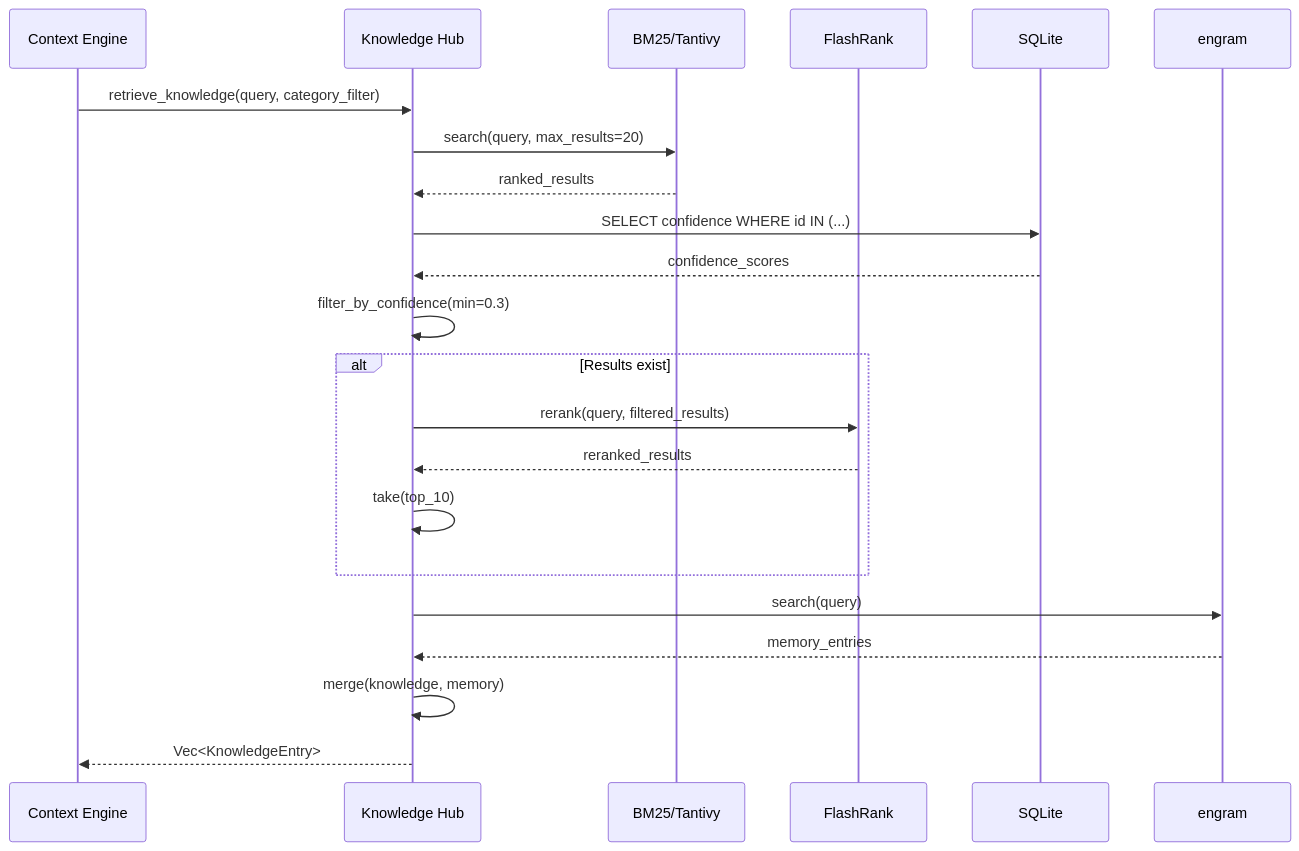
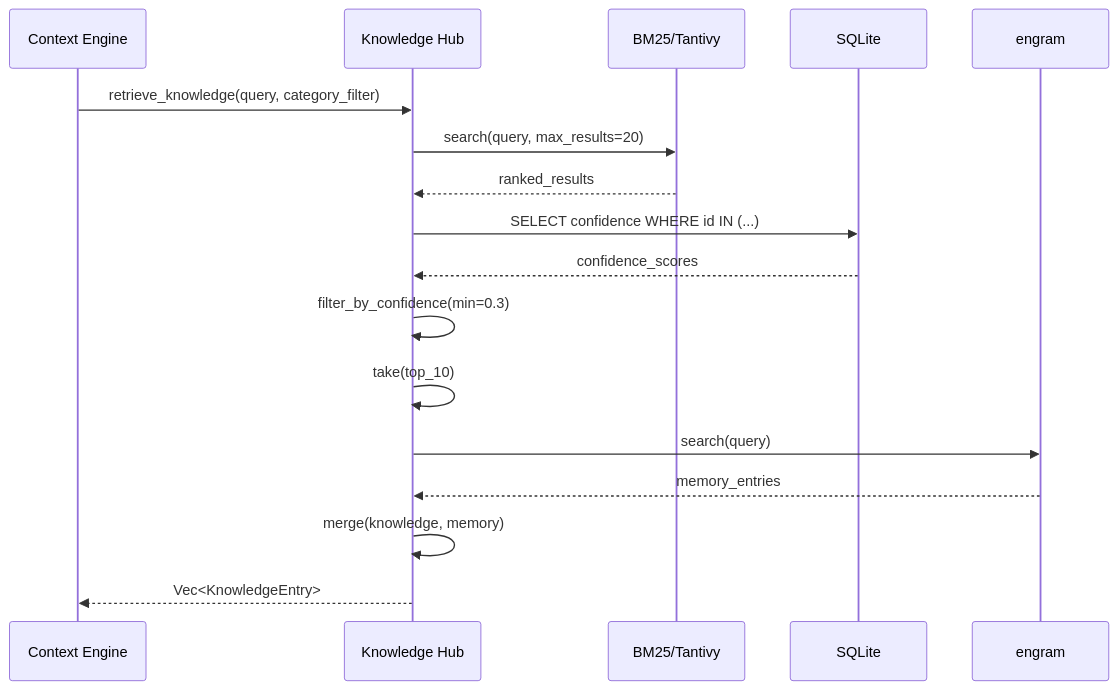
Before and after one commit to leonortega/coderun: the fourth of 11 diagrams in docs/01-architecture/DATA_FLOW.md, drawn with Mermaid. The commit also changed other lines of this file and 33 other files, not shown here.

First line of the commit message:
feat(retrieval): PascalCase splitting, symbol indexing, path tokenization + remove FlashRank

````diff
--- a/docs/01-architecture/DATA_FLOW.md
+++ b/docs/01-architecture/DATA_FLOW.md
@@ -196,30 +195,24 @@
 ```mermaid
 sequenceDiagram
     participant CE as Context Engine
     participant KH as Knowledge Hub
     participant TV as BM25/Tantivy
-    participant FR as FlashRank
     participant DB as SQLite
     participant ENG as engram
 
     CE->>KH: retrieve_knowledge(query, category_filter)
     KH->>TV: search(query, max_results=20)
     TV-->>KH: ranked_results
 
     KH->>DB: SELECT confidence WHERE id IN (...)
     DB-->>KH: confidence_scores
 
     KH->>KH: filter_by_confidence(min=0.3)
-
-    alt Results exist
-        KH->>FR: rerank(query, filtered_results)
-        FR-->>KH: reranked_results
-        KH->>KH: take(top_10)
-    end
+    KH->>KH: take(top_10)
 
     KH->>ENG: search(query)
     ENG-->>KH: memory_entries
 
     KH->>KH: merge(knowledge, memory)
     KH-->>CE: Vec<KnowledgeEntry>
 ```
````
